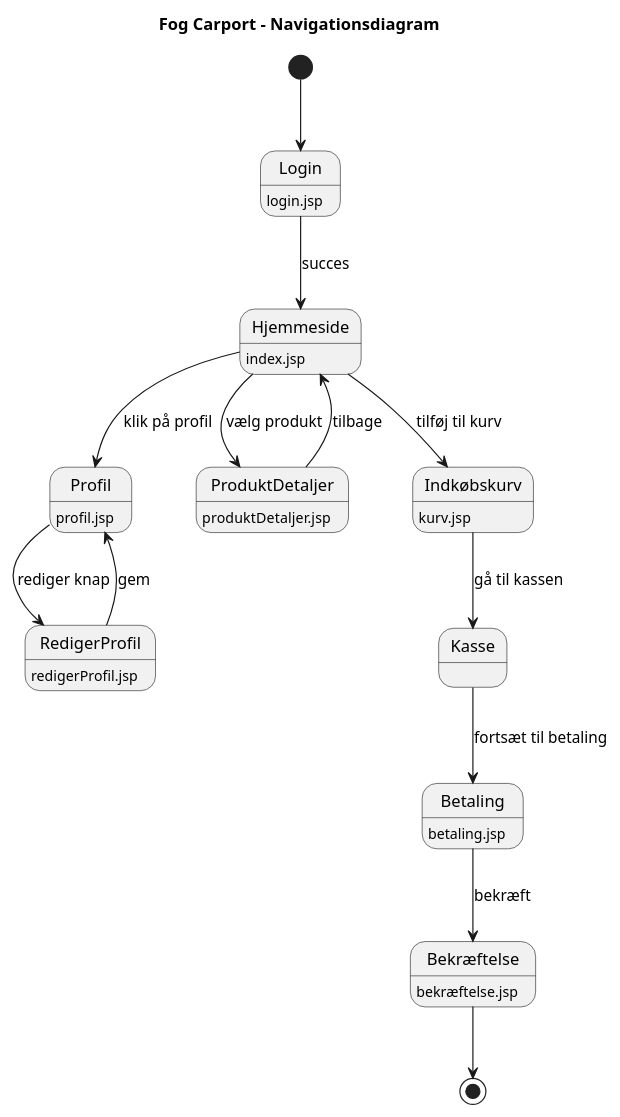
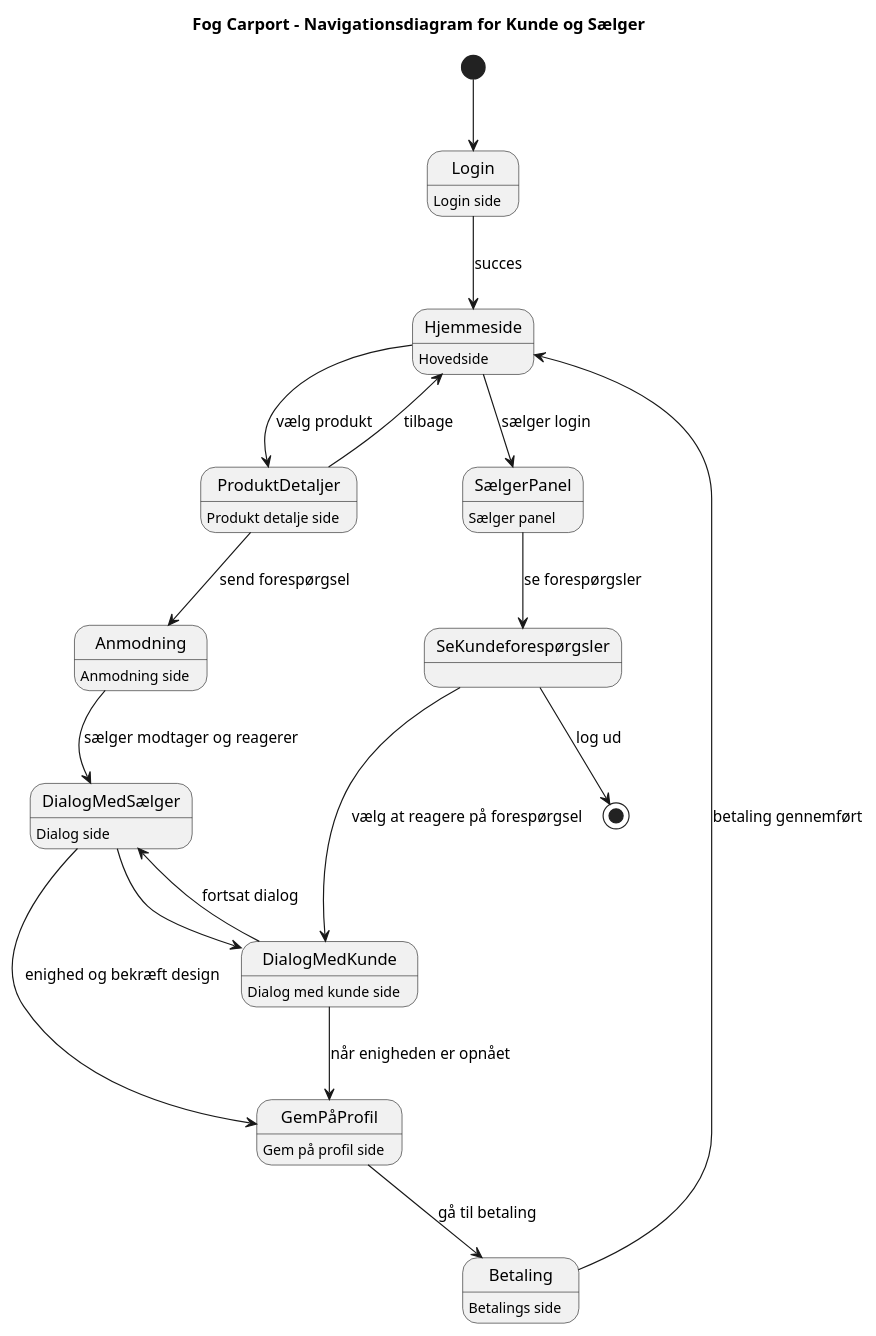
One commit to Oskar123456/carport changed the diagram in report/UML/NavigationDiagram.puml. Above: the diagram before and after it, drawn with PlantUML.

Commit message:
Navigationsdiagram

```diff
--- a/report/UML/NavigationDiagram.puml
+++ b/report/UML/NavigationDiagram.puml
@@ -1,26 +1,41 @@
 @startuml
-title Fog Carport - Navigationsdiagram
+title Fog Carport - Navigationsdiagram for Kunde og Sælger
 
 [*] --> Login
 Login --> Hjemmeside : succes
-Login : login.jsp
-Hjemmeside : index.jsp
-Hjemmeside --> Profil : klik på profil
-Profil --> RedigerProfil : rediger knap
-Profil : profil.jsp
-RedigerProfil : redigerProfil.jsp
-RedigerProfil --> Profil : gem
+Login : Login side
+Hjemmeside : Hovedside
+
+'Det her er Hjemmeside til kundens navigation
 Hjemmeside --> ProduktDetaljer : vælg produkt
 ProduktDetaljer --> Hjemmeside : tilbage
-ProduktDetaljer : produktDetaljer.jsp
+ProduktDetaljer : Produkt detalje side
 
-Hjemmeside --> Indkøbskurv : tilføj til kurv
-Indkøbskurv --> Kasse : gå til kassen
-Indkøbskurv : kurv.jsp
-Kasse --> Betaling : fortsæt til betaling
-Betaling --> Bekræftelse : bekræft
-Betaling : betaling.jsp
-Bekræftelse --> [*]
-Bekræftelse : bekræftelse.jsp
+'Kunde kan anmode om skræddersyet carport
+ProduktDetaljer --> Anmodning : send forespørgsel
+Anmodning : Anmodning side
+Anmodning --> DialogMedSælger : sælger modtager og reagerer
+DialogMedSælger : Dialog side
+
+'Kunde og sælger dialog, der kan fortsætte tilbage og frem
+DialogMedSælger --> GemPåProfil : enighed og bekræft design
+DialogMedSælger --> DialogMedKunde
+GemPåProfil : Gem på profil side
+
+'Gemmer og går til betaling
+GemPåProfil --> Betaling : gå til betaling
+Betaling : Betalings side
+Betaling --> Hjemmeside : betaling gennemført
+
+'Det her er Sælgerens navigation
+Hjemmeside --> SælgerPanel : sælger login
+SælgerPanel : Sælger panel
+SælgerPanel --> SeKundeforespørgsler : se forespørgsler
+SeKundeforespørgsler --> DialogMedKunde : vælg at reagere på forespørgsel
+DialogMedKunde : Dialog med kunde side
+DialogMedKunde --> DialogMedSælger : fortsat dialog
+DialogMedKunde --> GemPåProfil : når enigheden er opnået
+
+SeKundeforespørgsler --> [*] : log ud
 
 @enduml
```
